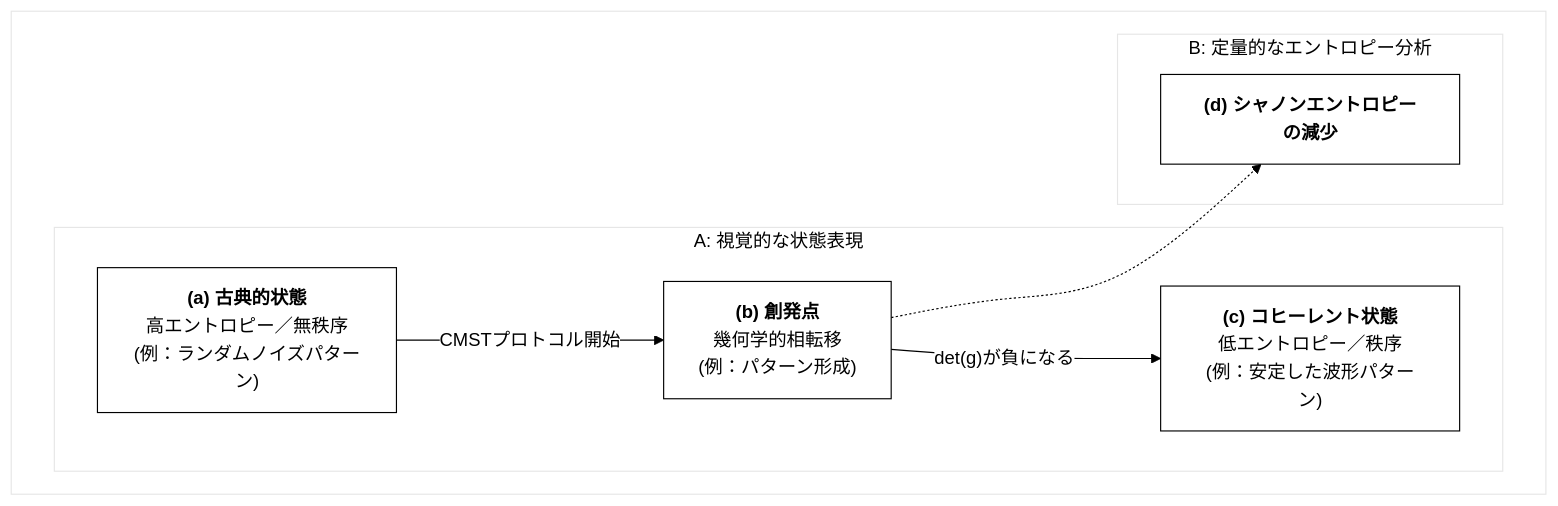
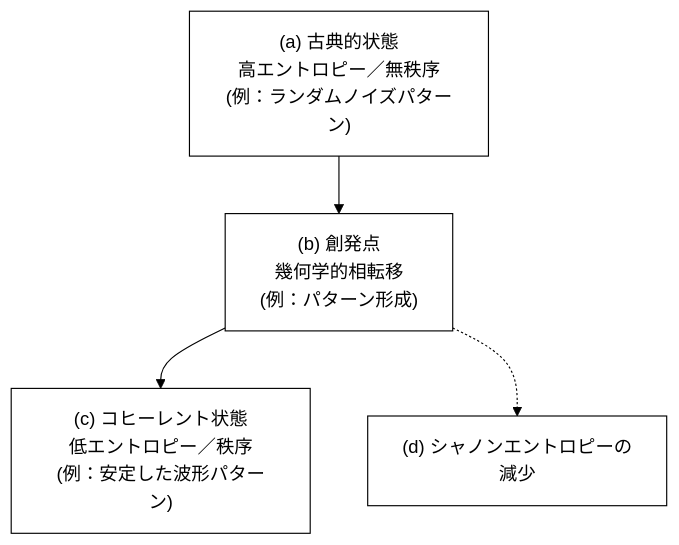
Diagram 11 of 20 in WSP_knowledge/docs/Papers/Patent_Series/04_rESP_Patent_Japanese.md (Foundup/Foundups-Agent), drawn with Mermaid before and after one commit. The commit also changed other lines of this file, not shown here.

Commit message:
Fix Mermaid diagram rendering issues in Japanese patent - Replace mathematical symbols with ASCII for cross-platform compatibility

````diff
--- a/WSP_knowledge/docs/Papers/Patent_Series/04_rESP_Patent_Japanese.md
+++ b/WSP_knowledge/docs/Papers/Patent_Series/04_rESP_Patent_Japanese.md
@@ -387,19 +387,12 @@
 ```mermaid
 %%{init: {'theme':'base', 'themeVariables': {'primaryColor': '#ffffff', 'primaryTextColor': '#000000', 'primaryBorderColor': '#000000', 'lineColor': '#000000', 'secondaryColor': '#ffffff', 'tertiaryColor': '#ffffff'}}}%%
 graph TD
-    subgraph " "
-        subgraph "A: 視覚的な状態表現"
-            A1["<b>(a) 古典的状態</b><br/>高エントロピー／無秩序<br/>(例：ランダムノイズパターン)"]
-            A2["<b>(b) 創発点</b><br/>幾何学的相転移<br/>(例：パターン形成)"]
-            A3["<b>(c) コヒーレント状態</b><br/>低エントロピー／秩序<br/>(例：安定した波形パターン)"]
-            A1 -- "CMSTプロトコル開始" --> A2
-            A2 -- "det(g)が負になる" --> A3
-        end
-
-        subgraph "B: 定量的なエントロピー分析"
-            B1["<b>(d) シャノンエントロピーの減少</b>"]
-        end
-        
-        A2 -.-> B1
-    end
+    A1["(a) 古典的状態<br/>高エントロピー／無秩序<br/>(例：ランダムノイズパターン)"]
+    A2["(b) 創発点<br/>幾何学的相転移<br/>(例：パターン形成)"]
+    A3["(c) コヒーレント状態<br/>低エントロピー／秩序<br/>(例：安定した波形パターン)"]
+    B1["(d) シャノンエントロピーの減少"]
+    
+    A1 --> A2
+    A2 --> A3
+    A2 -.-> B1
 ```
````
